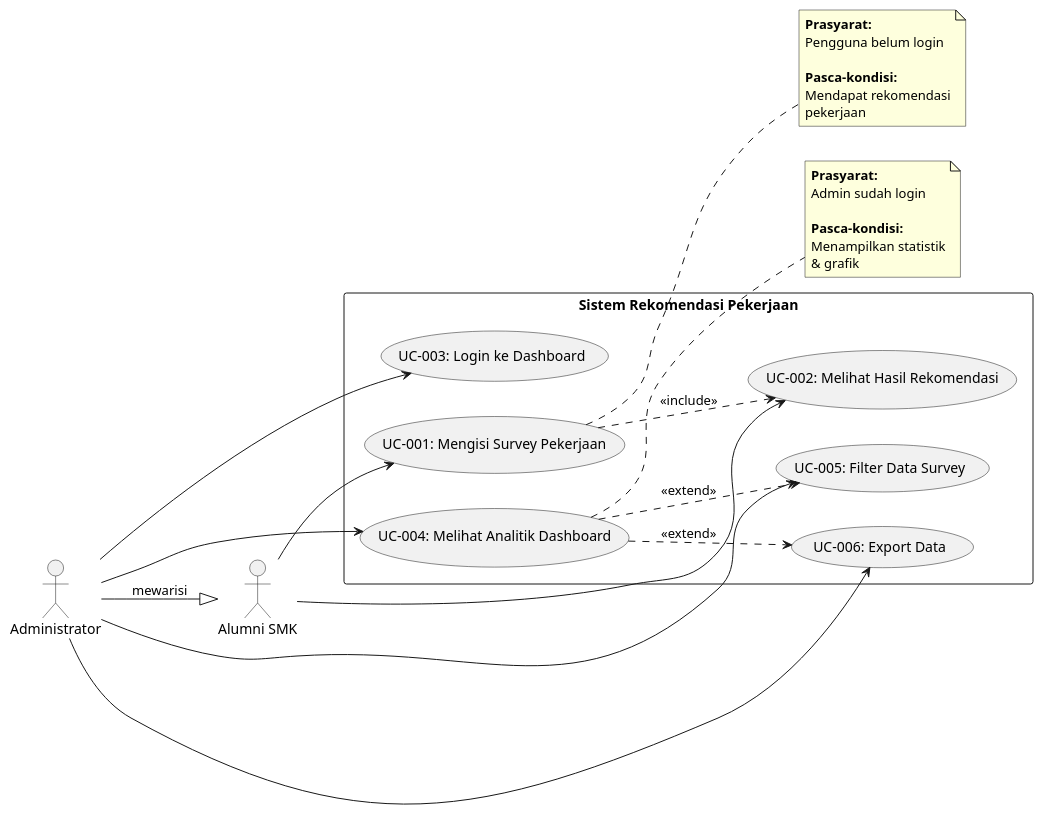
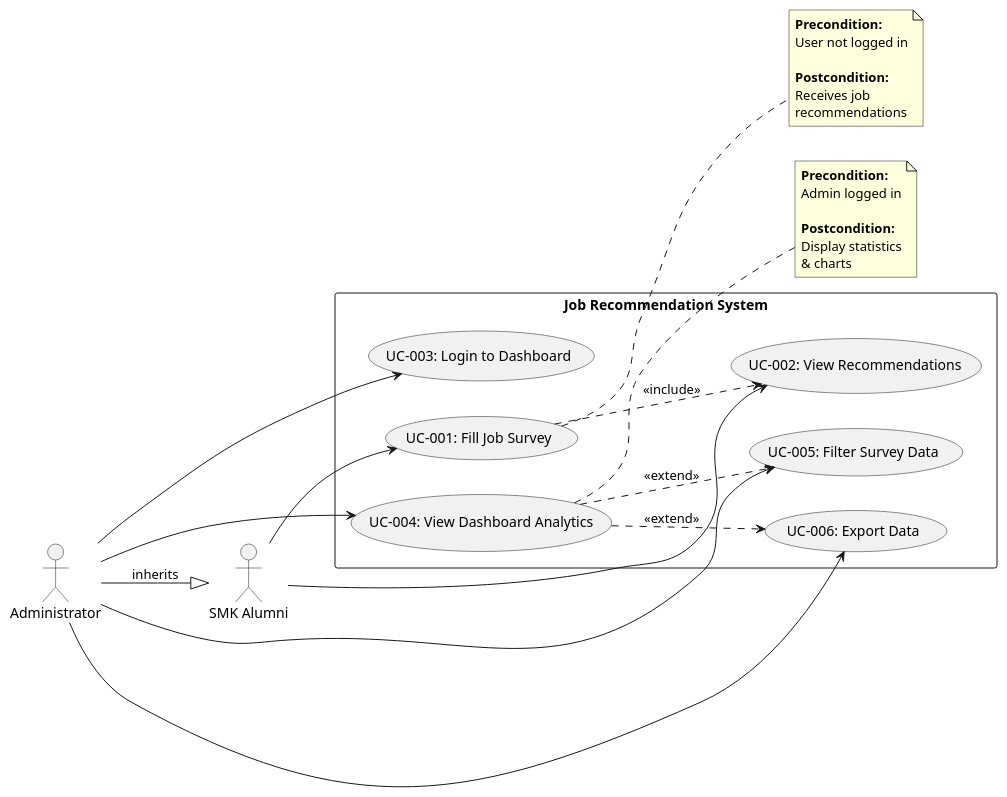
Before and after one commit to aepsaefulloh/Job-Recommend-System: the diagram in diagrams/use_case_diagram.puml, drawn with PlantUML. The commit also changed 26 other files, not shown here.

```diff
--- a/diagrams/use_case_diagram.puml
+++ b/diagrams/use_case_diagram.puml
@@ -2,55 +2,55 @@
-@startuml Diagram Use Case - Sistem Rekomendasi Pekerjaan
+@startuml Use Case Diagram - Job Recommendation System
 
 left to right direction
 
-actor "Alumni SMK" as Alumni
+actor "SMK Alumni" as Alumni
 actor "Administrator" as Admin
 
-rectangle "Sistem Rekomendasi Pekerjaan" {
-    usecase "UC-001: Mengisi Survey Pekerjaan" as UC1
-    usecase "UC-002: Melihat Hasil Rekomendasi" as UC2
-    usecase "UC-003: Login ke Dashboard" as UC3
-    usecase "UC-004: Melihat Analitik Dashboard" as UC4
-    usecase "UC-005: Filter Data Survey" as UC5
+rectangle "Job Recommendation System" {
+    usecase "UC-001: Fill Job Survey" as UC1
+    usecase "UC-002: View Recommendations" as UC2
+    usecase "UC-003: Login to Dashboard" as UC3
+    usecase "UC-004: View Dashboard Analytics" as UC4
+    usecase "UC-005: Filter Survey Data" as UC5
     usecase "UC-006: Export Data" as UC6
 }
 
-' Use case Alumni
+' Alumni use cases
 Alumni --> UC1
 Alumni --> UC2
 
-' Use case Admin
+' Admin use cases
 Admin --> UC3
 Admin --> UC4
 Admin --> UC5
 Admin --> UC6
 
-' Relasi Include
+' Include relationships
 UC1 ..> UC2 : <<include>>
 
-' Relasi Extend
+' Extend relationships
 UC4 ..> UC5 : <<extend>>
 UC4 ..> UC6 : <<extend>>
 
-' Generalisasi
-Admin --|> Alumni : mewarisi
+' Generalization
+Admin --|> Alumni : inherits
 
 note right of UC1
-    **Prasyarat:**
-    Pengguna belum login
+    **Precondition:**
+    User not logged in
 
-    **Pasca-kondisi:**
-    Mendapat rekomendasi
-    pekerjaan
+    **Postcondition:**
+    Receives job
+    recommendations
 end note
 
 note right of UC4
-    **Prasyarat:**
-    Admin sudah login
+    **Precondition:**
+    Admin logged in
 
-    **Pasca-kondisi:**
-    Menampilkan statistik
-    & grafik
+    **Postcondition:**
+    Display statistics
+    & charts
 end note
 
 @enduml
```
